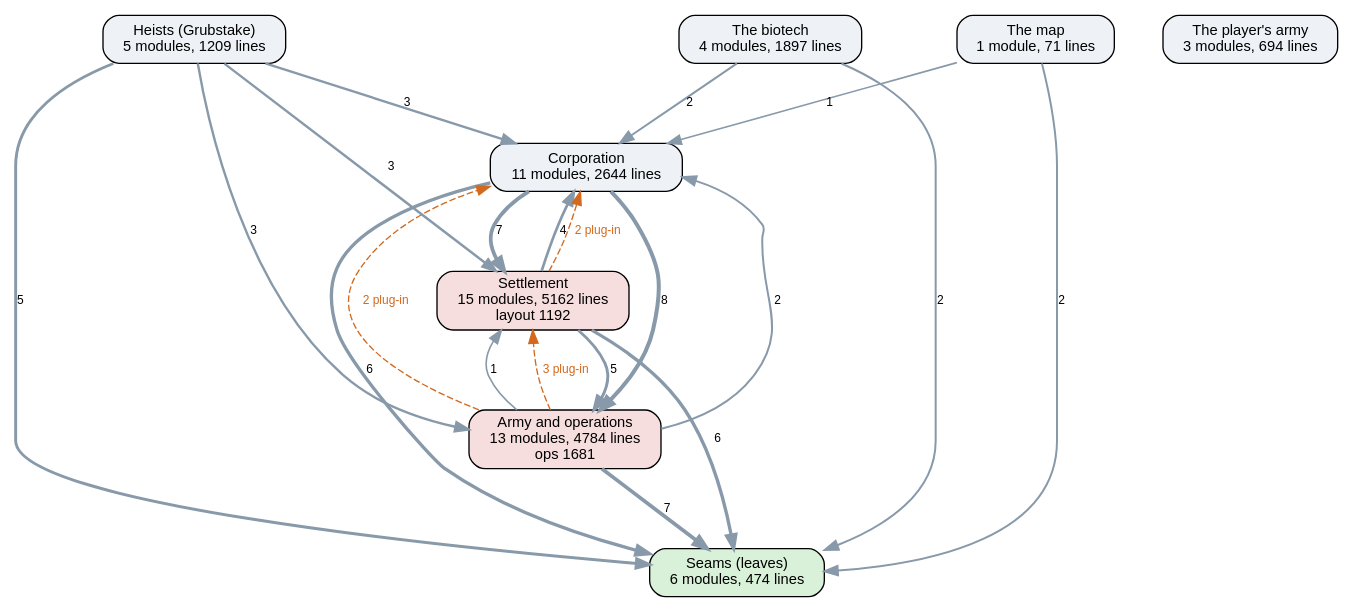
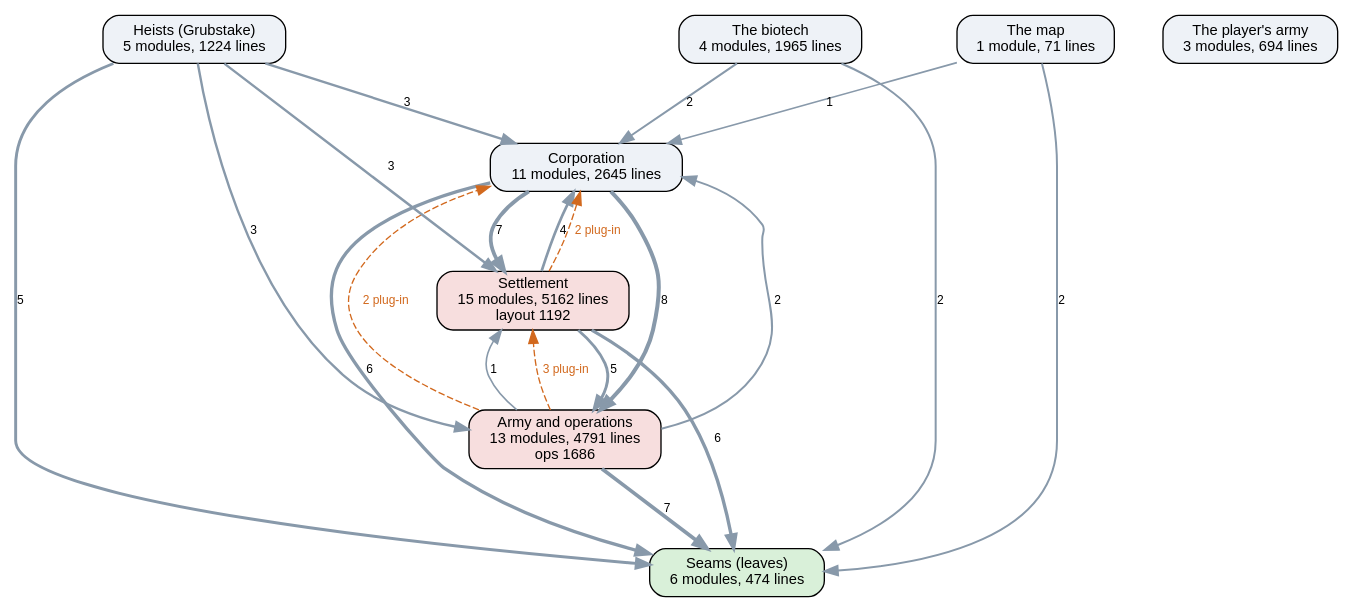
The diagram in docs/ai-layers.dot (kinelhu/landing-party), drawn with Graphviz before and after one commit. The commit also changed 65 other files, not shown here.

```diff
--- a/docs/ai-layers.dot
+++ b/docs/ai-layers.dot
@@ -1,33 +1,33 @@
 digraph layers {
   graph [rankdir=TB, fontname="Helvetica", nodesep=0.5, ranksep=0.7];
   node [shape=box, style="rounded,filled", fontname="Helvetica", fontsize=11, fillcolor="#eef2f7"];
   edge [color="#8899aa", fontname="Helvetica", fontsize=9];
   "Seams (leaves)" [label="Seams (leaves)\n6 modules, 474 lines", fillcolor="#d9f0d9"];
-  "Corporation" [label="Corporation\n11 modules, 2644 lines", fillcolor="#eef2f7"];
+  "Corporation" [label="Corporation\n11 modules, 2645 lines", fillcolor="#eef2f7"];
   "Settlement" [label="Settlement\n15 modules, 5162 lines\nlayout 1192", fillcolor="#f7dede"];
-  "Army and operations" [label="Army and operations\n13 modules, 4784 lines\nops 1681", fillcolor="#f7dede"];
-  "Heists (Grubstake)" [label="Heists (Grubstake)\n5 modules, 1209 lines", fillcolor="#eef2f7"];
-  "The biotech" [label="The biotech\n4 modules, 1897 lines", fillcolor="#eef2f7"];
+  "Army and operations" [label="Army and operations\n13 modules, 4791 lines\nops 1686", fillcolor="#f7dede"];
+  "Heists (Grubstake)" [label="Heists (Grubstake)\n5 modules, 1224 lines", fillcolor="#eef2f7"];
+  "The biotech" [label="The biotech\n4 modules, 1965 lines", fillcolor="#eef2f7"];
   "The map" [label="The map\n1 module, 71 lines", fillcolor="#eef2f7"];
   "The player's army" [label="The player's army\n3 modules, 694 lines", fillcolor="#eef2f7"];
   "Army and operations" -> "Corporation" [label="2", penwidth=1.5];
   "Army and operations" -> "Seams (leaves)" [label="7", penwidth=2.8];
   "Army and operations" -> "Settlement" [label="1", penwidth=1.2];
   "Corporation" -> "Army and operations" [label="8", penwidth=3.0];
   "Corporation" -> "Seams (leaves)" [label="6", penwidth=2.5];
   "Corporation" -> "Settlement" [label="7", penwidth=2.8];
   "Heists (Grubstake)" -> "Army and operations" [label="3", penwidth=1.8];
   "Heists (Grubstake)" -> "Corporation" [label="3", penwidth=1.8];
   "Heists (Grubstake)" -> "Seams (leaves)" [label="5", penwidth=2.2];
   "Heists (Grubstake)" -> "Settlement" [label="3", penwidth=1.8];
   "Settlement" -> "Army and operations" [label="5", penwidth=2.2];
   "Settlement" -> "Corporation" [label="4", penwidth=2.0];
   "Settlement" -> "Seams (leaves)" [label="6", penwidth=2.5];
   "The biotech" -> "Corporation" [label="2", penwidth=1.5];
   "The biotech" -> "Seams (leaves)" [label="2", penwidth=1.5];
   "The map" -> "Corporation" [label="1", penwidth=1.2];
   "The map" -> "Seams (leaves)" [label="2", penwidth=1.5];
   "Army and operations" -> "Corporation" [style=dashed, color="#d2691e", fontcolor="#d2691e", label="2 plug-in"];
   "Army and operations" -> "Settlement" [style=dashed, color="#d2691e", fontcolor="#d2691e", label="3 plug-in"];
   "Settlement" -> "Corporation" [style=dashed, color="#d2691e", fontcolor="#d2691e", label="2 plug-in"];
 }
```
